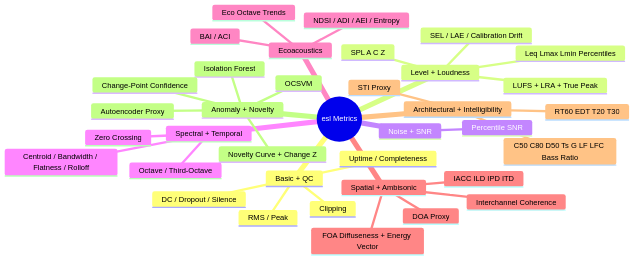
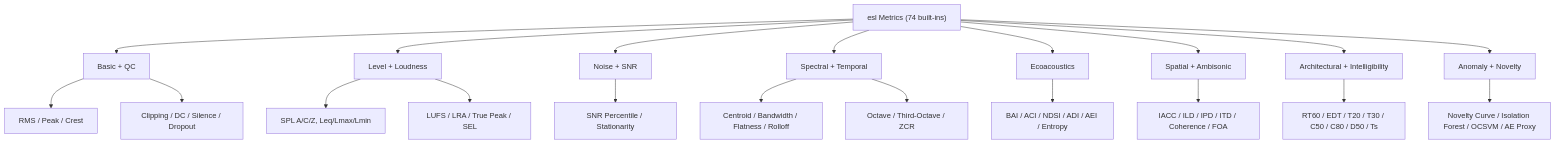
The ninth of 9 diagrams in README.md (TheColby/ecoSignalLab), drawn with Mermaid before and after one commit.

Commit message:
Harden README Mermaid metrics diagram for GitHub parser compatibility

````diff
--- a/README.md
+++ b/README.md
@@ -265,39 +265,23 @@
 ```mermaid
-mindmap
-  root((esl Metrics))
-    Basic + QC
-      RMS / Peak
-      Clipping
-      DC / Dropout / Silence
-      Uptime / Completeness
-    Level + Loudness
-      SPL A C Z
-      Leq Lmax Lmin Percentiles
-      LUFS + LRA + True Peak
-      SEL / LAE / Calibration Drift
-    Noise + SNR
-      Percentile SNR
-    Spectral + Temporal
-      Centroid / Bandwidth / Flatness / Rolloff
-      Octave / Third-Octave
-      Zero Crossing
-    Ecoacoustics
-      BAI / ACI
-      NDSI / ADI / AEI / Entropy
-      Eco Octave Trends
-    Spatial + Ambisonic
-      Interchannel Coherence
-      IACC ILD IPD ITD
-      DOA Proxy
-      FOA Diffuseness + Energy Vector
-    Architectural + Intelligibility
-      RT60 EDT T20 T30
-      C50 C80 D50 Ts G LF LFC Bass Ratio
-      STI Proxy
-    Anomaly + Novelty
-      Novelty Curve + Change Z
-      Isolation Forest
-      OCSVM
-      Autoencoder Proxy
-      Change-Point Confidence
+flowchart TB
+    M["esl Metrics (74 built-ins)"]
+    M --> B["Basic + QC"]
+    M --> L["Level + Loudness"]
+    M --> N["Noise + SNR"]
+    M --> S["Spectral + Temporal"]
+    M --> E["Ecoacoustics"]
+    M --> P["Spatial + Ambisonic"]
+    M --> A["Architectural + Intelligibility"]
+    M --> X["Anomaly + Novelty"]
+    B --> B1["RMS / Peak / Crest"]
+    B --> B2["Clipping / DC / Silence / Dropout"]
+    L --> L1["SPL A/C/Z, Leq/Lmax/Lmin"]
+    L --> L2["LUFS / LRA / True Peak / SEL"]
+    N --> N1["SNR Percentile / Stationarity"]
+    S --> S1["Centroid / Bandwidth / Flatness / Rolloff"]
+    S --> S2["Octave / Third-Octave / ZCR"]
+    E --> E1["BAI / ACI / NDSI / ADI / AEI / Entropy"]
+    P --> P1["IACC / ILD / IPD / ITD / Coherence / FOA"]
+    A --> A1["RT60 / EDT / T20 / T30 / C50 / C80 / D50 / Ts"]
+    X --> X1["Novelty Curve / Isolation Forest / OCSVM / AE Proxy"]
 ```
````
